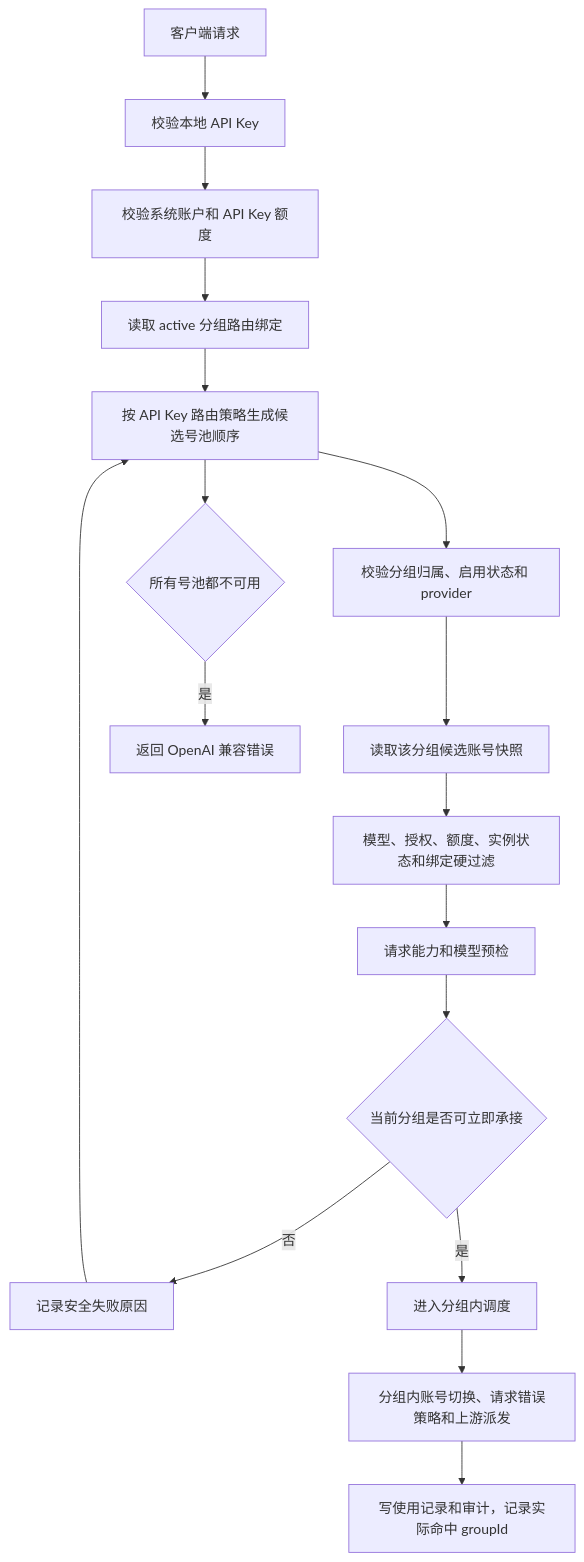
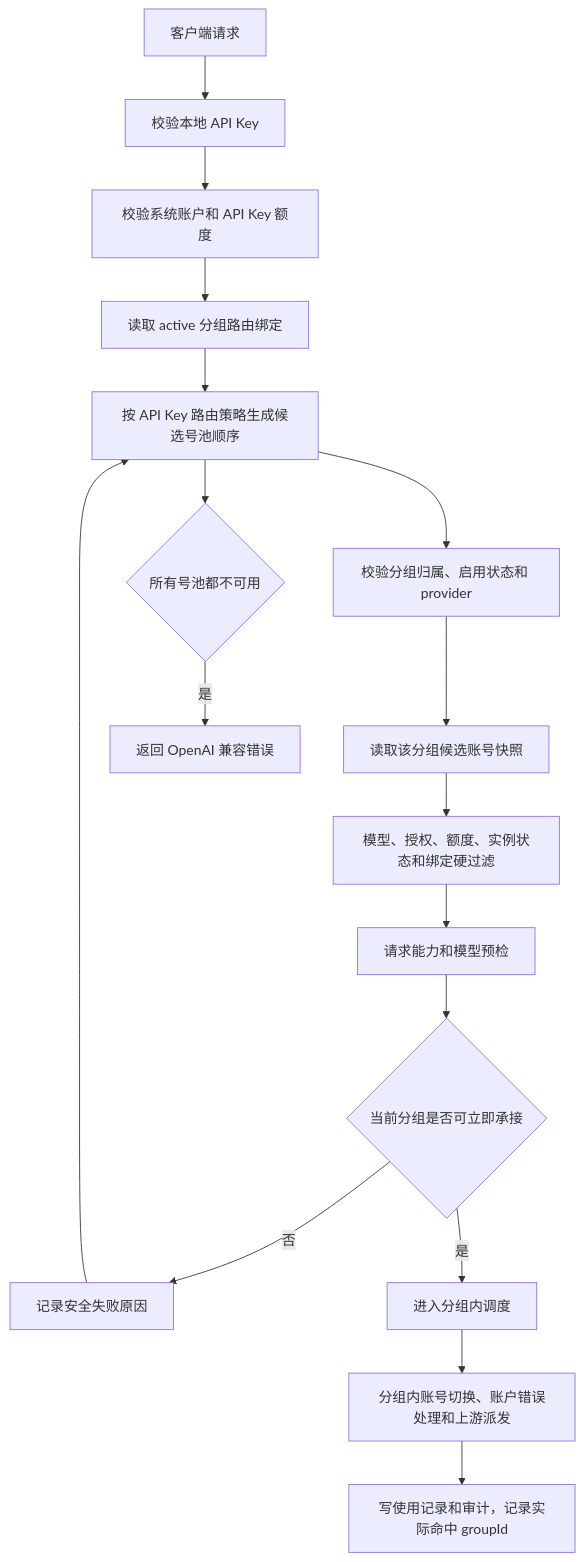
Before and after one commit to huanmin123/juhe-ai: the diagram in docs/functions/APIKey多分组路由设计.md, drawn with Mermaid. The commit also changed other lines of this file and 92 other files, not shown here.

````diff
--- a/docs/functions/APIKey多分组路由设计.md
+++ b/docs/functions/APIKey多分组路由设计.md
@@ -199,19 +199,19 @@
 ```mermaid
 flowchart TD
   A["客户端请求"] --> B["校验本地 API Key"]
   B --> C["校验系统账户和 API Key 额度"]
   C --> D["读取 active 分组路由绑定"]
   D --> E["按 API Key 路由策略生成候选号池顺序"]
   E --> F["校验分组归属、启用状态和 provider"]
   F --> G["读取该分组候选账号快照"]
   G --> H["模型、授权、额度、实例状态和绑定硬过滤"]
   H --> I["请求能力和模型预检"]
   I --> J{"当前分组是否可立即承接"}
   J -- "否" --> K["记录安全失败原因"]
   K --> E
   J -- "是" --> L["进入分组内调度"]
-  L --> M["分组内账号切换、请求错误策略和上游派发"]
+  L --> M["分组内账号切换、账户错误处理和上游派发"]
   M --> N["写使用记录和审计，记录实际命中 groupId"]
   E --> O{"所有号池都不可用"}
   O -- "是" --> P["返回 OpenAI 兼容错误"]
 ```
````
